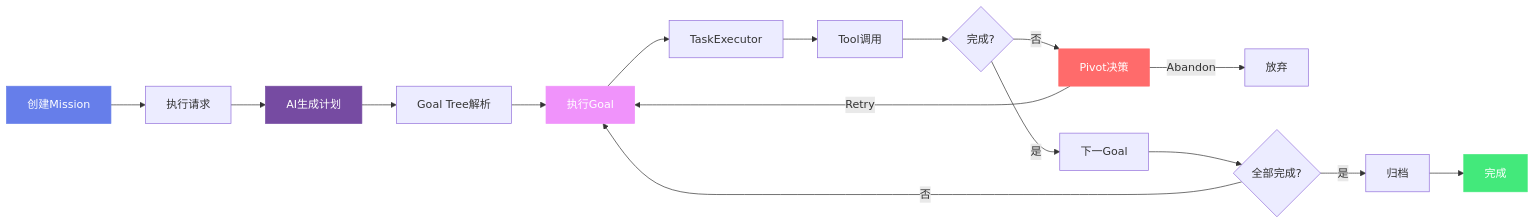
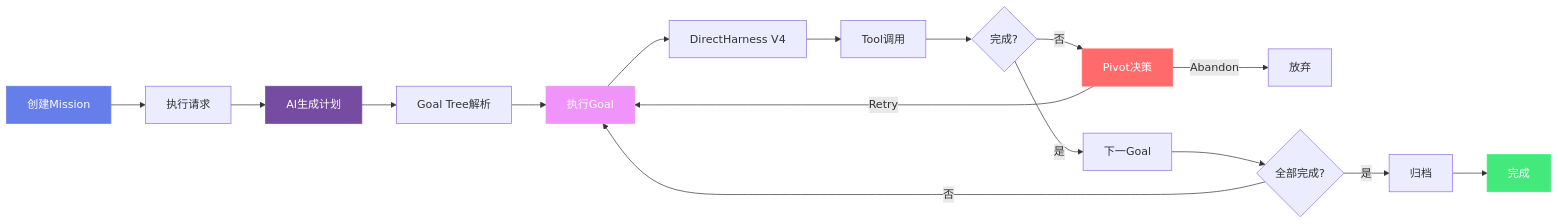
The fourth of 8 diagrams in docs/ARCHITECTURE.md (jsjm1986/AGIME), drawn with Mermaid before and after one commit. The commit also changed other lines of this file and 19 other files, not shown here.

Commit message:
Remove legacy task executor bridge

````diff
--- a/docs/ARCHITECTURE.md
+++ b/docs/ARCHITECTURE.md
@@ -310,24 +311,24 @@
 ```mermaid
 flowchart LR
     A[创建Mission] --> B[执行请求]
     B --> C[AI生成计划]
     C --> D[Goal Tree解析]
     D --> E[执行Goal]
-    E --> F[TaskExecutor]
+    E --> F[DirectHarness V4]
     F --> G[Tool调用]
     G --> H{完成?}
     H -->|是| J[下一Goal]
     H -->|否| K[Pivot决策]
     K -->|Retry| E
     K -->|Abandon| M[放弃]
     J --> N{全部完成?}
     N -->|否| E
     N -->|是| O[归档]
     O --> P[完成]
 
     style A fill:#667eea,stroke:#667eea,color:#ffffff
     style C fill:#764ba2,stroke:#764ba2,color:#ffffff
     style E fill:#f093fb,stroke:#f093fb,color:#ffffff
     style K fill:#ff6b6b,stroke:#ff6b6b,color:#ffffff
     style P fill:#43e97b,stroke:#43e97b,color:#ffffff
 ```
````
